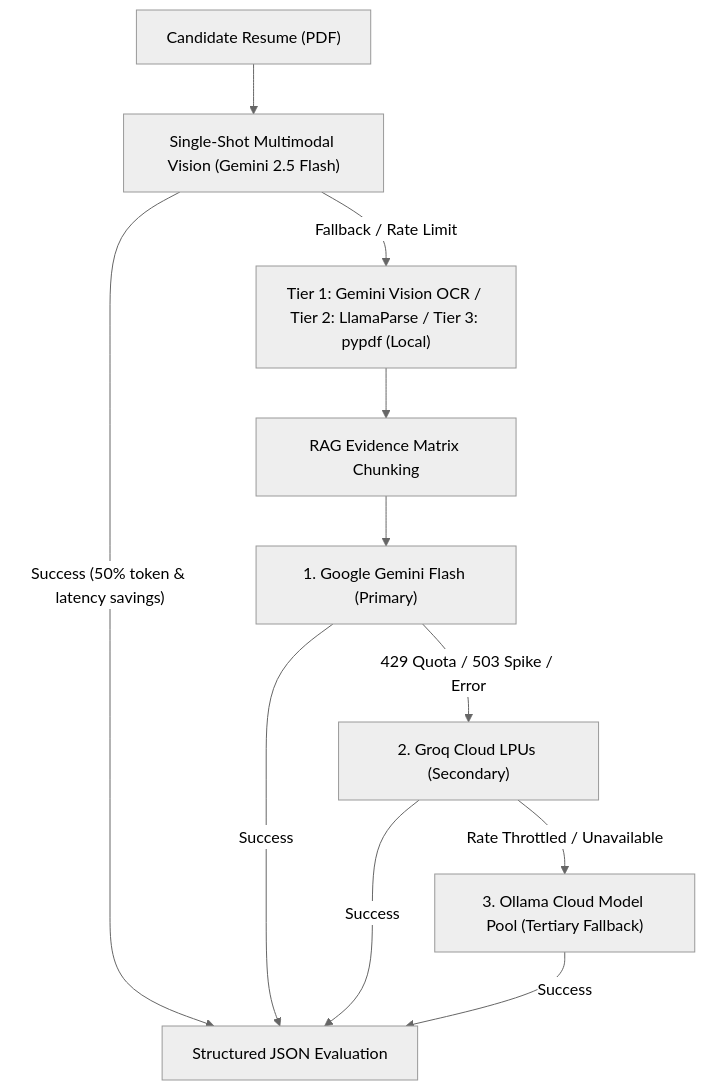
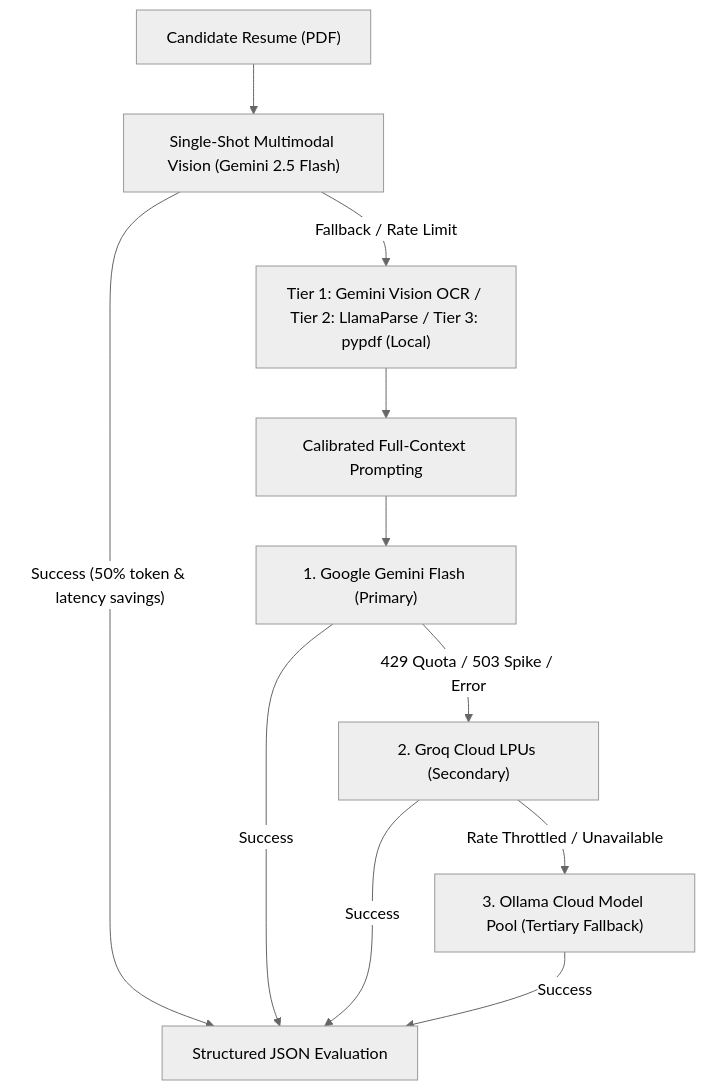
The diagram in docs/03-ai-models-and-keys.md (Ahmed3atef/Kayatix), drawn with Mermaid (neutral theme) before and after one commit. The commit also changed other lines of this file and 65 other files, not shown here.

````diff
--- a/docs/03-ai-models-and-keys.md
+++ b/docs/03-ai-models-and-keys.md
@@ -11,13 +11,13 @@
 ```mermaid
 flowchart TD
     CV["Candidate Resume (PDF)"] --> SingleShot["Single-Shot Multimodal Vision (Gemini 2.5 Flash)"]
     SingleShot -- "Success (50% token & latency savings)" --> Result["Structured JSON Evaluation"]
     SingleShot -- "Fallback / Rate Limit" --> OCR["Tier 1: Gemini Vision OCR / Tier 2: LlamaParse / Tier 3: pypdf (Local)"]
-    OCR --> RAG["RAG Evidence Matrix Chunking"]
-    RAG --> P1["1. Google Gemini Flash (Primary)"]
+    OCR --> Prompt["Calibrated Full-Context Prompting"]
+    Prompt --> P1["1. Google Gemini Flash (Primary)"]
     P1 -- "Success" --> Result
     P1 -- "429 Quota / 503 Spike / Error" --> P2["2. Groq Cloud LPUs (Secondary)"]
     P2 -- "Success" --> Result
     P2 -- "Rate Throttled / Unavailable" --> P3["3. Ollama Cloud Model Pool (Tertiary Fallback)"]
     P3 -- "Success" --> Result
 ```
````
